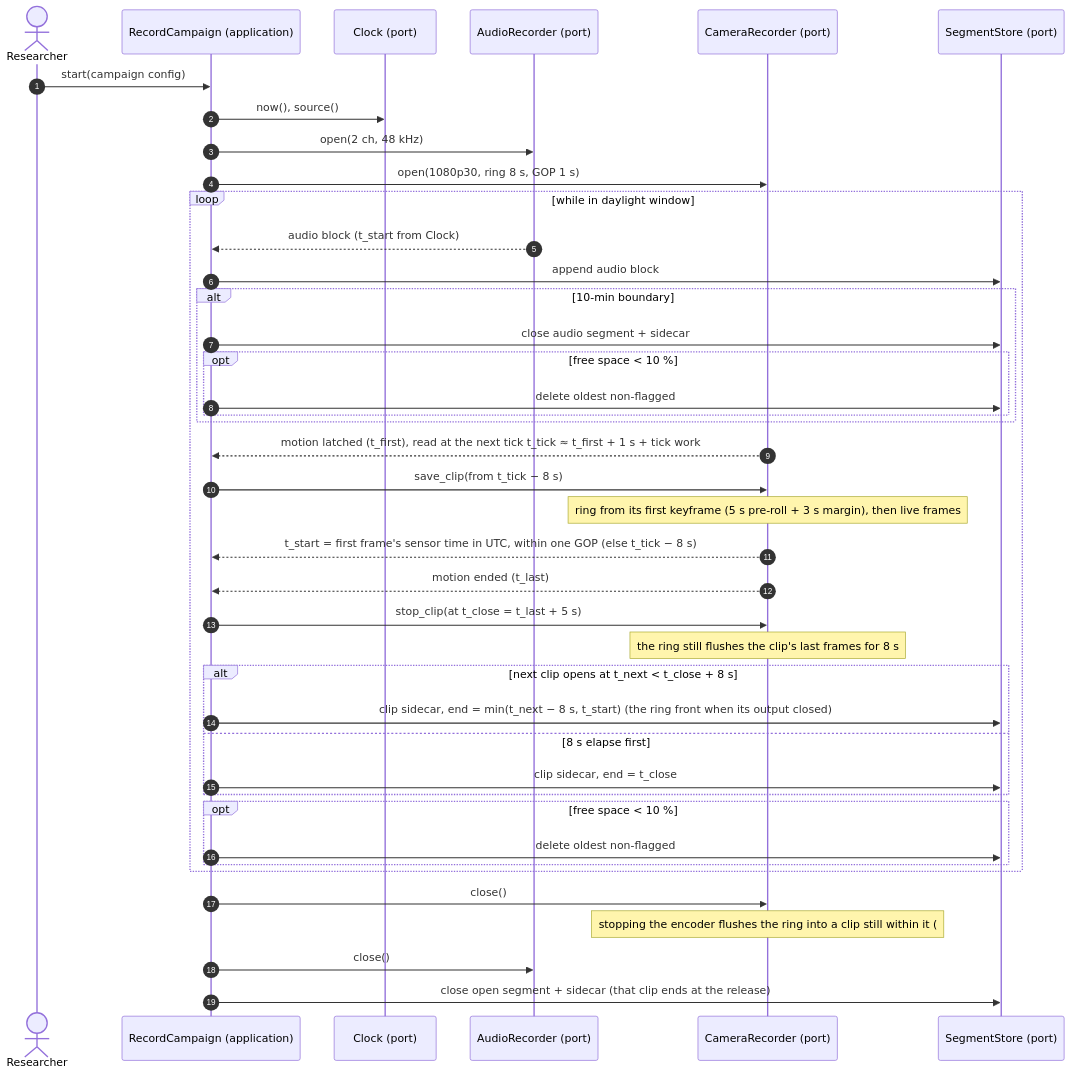
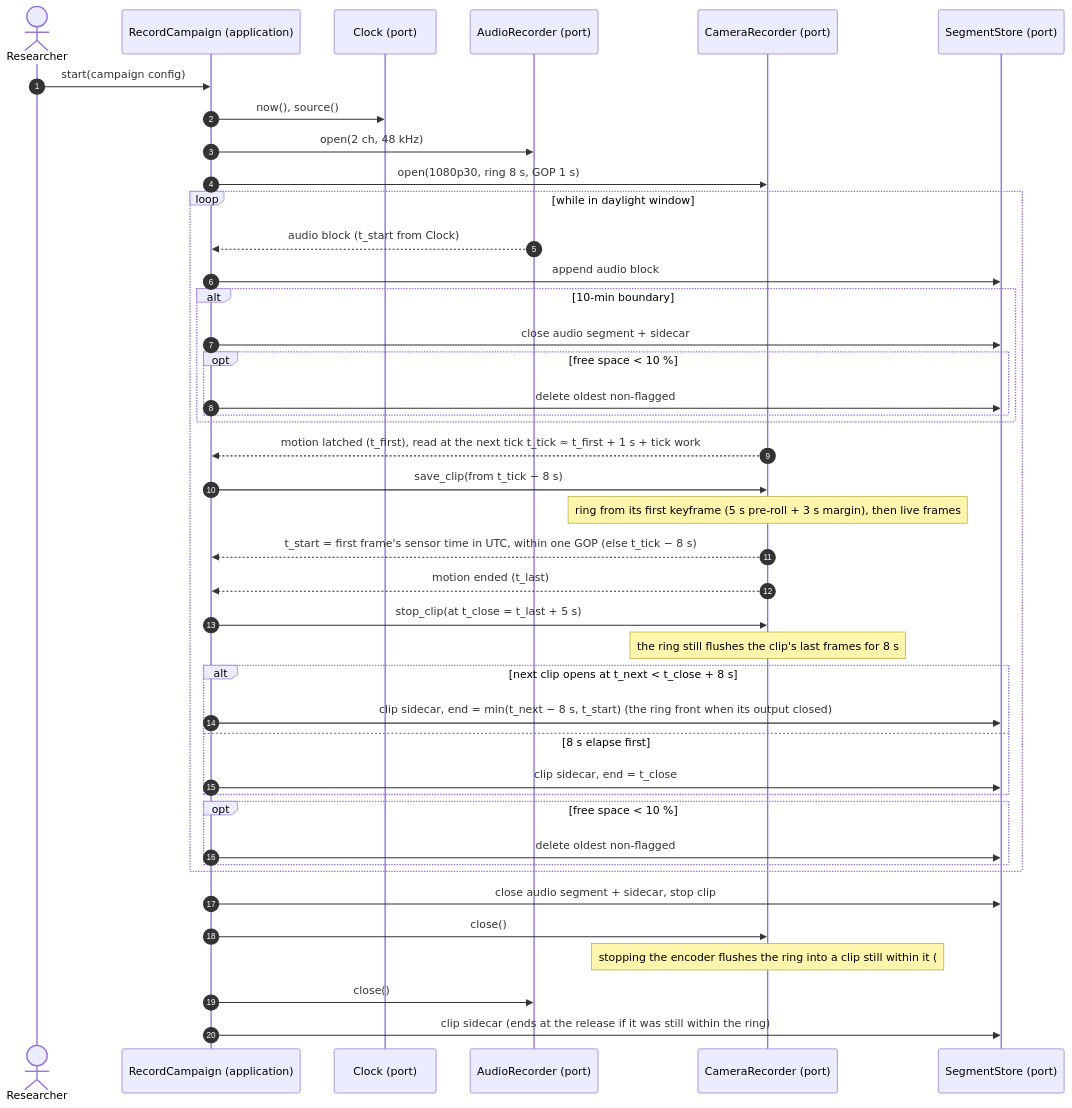
Before and after one commit to benoit-bremaud/aristech: the diagram in docs/architecture/diagrams/capture-rig/02-sequence-recording.md, drawn with Mermaid. The commit also changed 3 other files, not shown here.

````diff
--- a/docs/architecture/diagrams/capture-rig/02-sequence-recording.md
+++ b/docs/architecture/diagrams/capture-rig/02-sequence-recording.md
@@ -15,44 +15,45 @@
 ```mermaid
 sequenceDiagram
     autonumber
     actor R as Researcher
     participant UC as RecordCampaign (application)
     participant CK as Clock (port)
     participant AU as AudioRecorder (port)
     participant CA as CameraRecorder (port)
     participant ST as SegmentStore (port)
 
     R->>UC: start(campaign config)
     UC->>CK: now(), source()
     UC->>AU: open(2 ch, 48 kHz)
     UC->>CA: open(1080p30, ring 8 s, GOP 1 s)
     loop while in daylight window
         AU-->>UC: audio block (t_start from Clock)
         UC->>ST: append audio block
         alt 10-min boundary
             UC->>ST: close audio segment + sidecar
             opt free space < 10 %
                 UC->>ST: delete oldest non-flagged
             end
         end
         CA-->>UC: motion latched (t_first), read at the next tick t_tick ≈ t_first + 1 s + tick work
         UC->>CA: save_clip(from t_tick − 8 s)
         Note over CA: ring from its first keyframe (5 s pre-roll + 3 s margin), then live frames
         CA-->>UC: t_start = first frame's sensor time in UTC, within one GOP (else t_tick − 8 s)
         CA-->>UC: motion ended (t_last)
         UC->>CA: stop_clip(at t_close = t_last + 5 s)
         Note over CA: the ring still flushes the clip's last frames for 8 s
         alt next clip opens at t_next < t_close + 8 s
             UC->>ST: clip sidecar, end = min(t_next − 8 s, t_start) (the ring front when its output closed)
         else 8 s elapse first
             UC->>ST: clip sidecar, end = t_close
         end
         opt free space < 10 %
             UC->>ST: delete oldest non-flagged
         end
     end
+    UC->>ST: close audio segment + sidecar, stop clip
     UC->>CA: close()
     Note over CA: stopping the encoder flushes the ring into a clip still within it (#180)
     UC->>AU: close()
-    UC->>ST: close open segment + sidecar (that clip ends at the release)
+    UC->>ST: clip sidecar (ends at the release if it was still within the ring)
 ```
````
